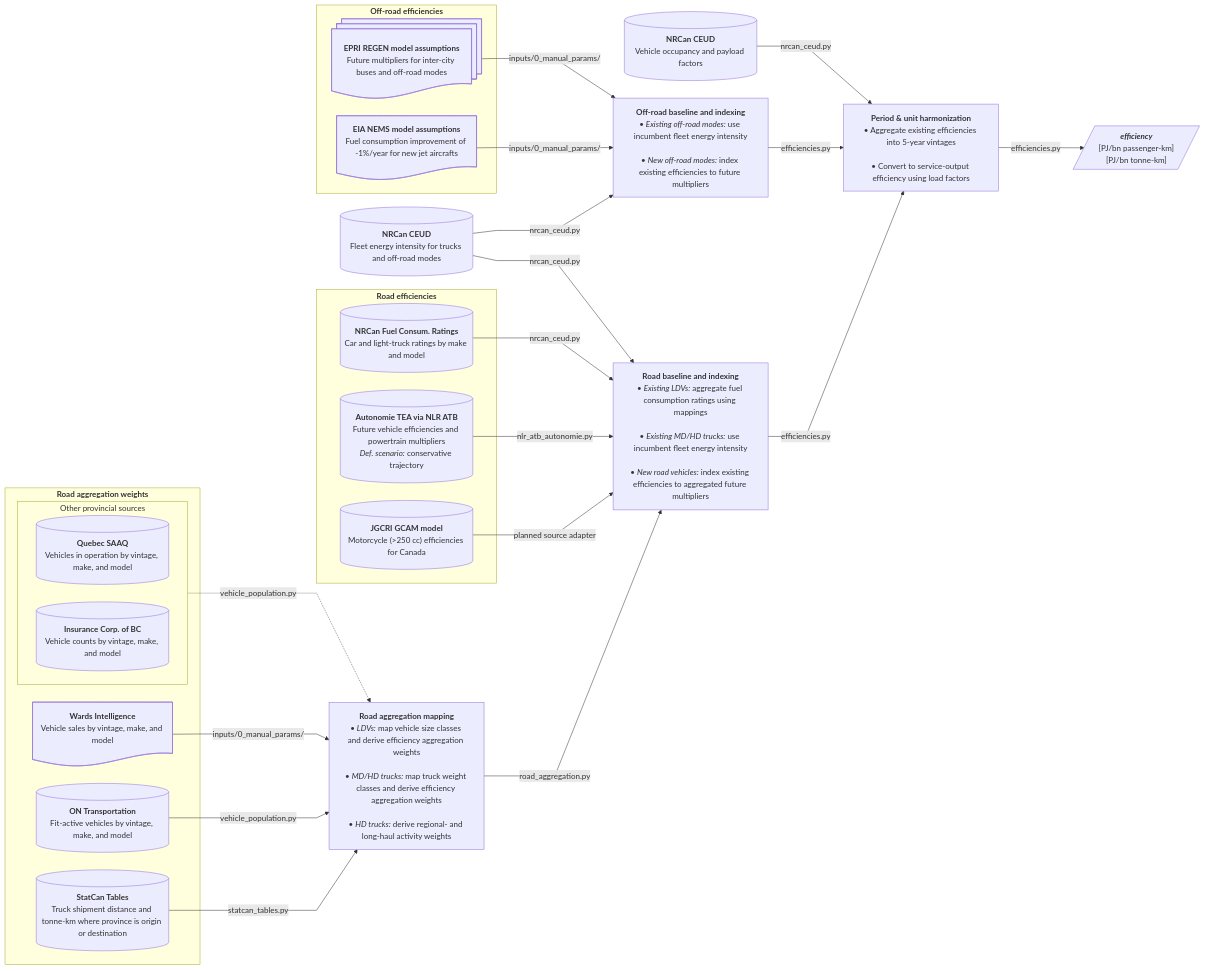
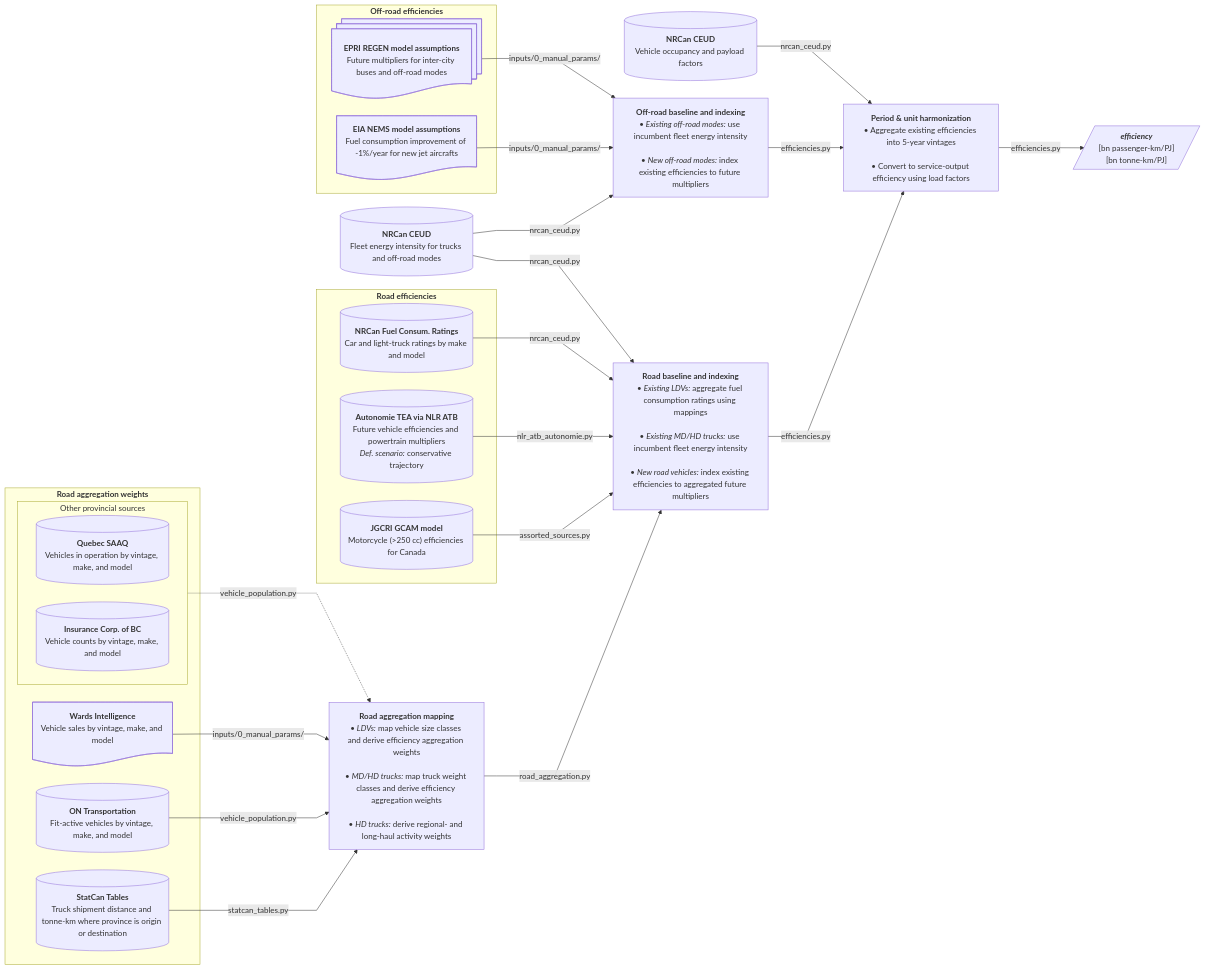
The sixth of 8 diagrams in docs/etl_flowcharts.md (CANOE-main/canoe-transportation), drawn with Mermaid before and after one commit. The commit also changed other lines of this file and 63 other files, not shown here.

````diff
--- a/docs/etl_flowcharts.md
+++ b/docs/etl_flowcharts.md
@@ -283,74 +318,74 @@
 ```mermaid
 ---
 config:
   layout: dagre
   flowchart:
     nodeSpacing: 35
     rankSpacing: 50
     wrappingWidth: 250
     curve: linear
 ---
 flowchart LR
   %% --- Sources ---
   subgraph agg["`**Road aggregation weights**`"]
 	  s3@{shape: doc, label: "**Wards Intelligence**<br>Vehicle sales by vintage, make, and model"}
 	  s4[("`**ON Transportation**<br>Fit-active vehicles by vintage, make, and model`")]
 	  s10[("`**StatCan Tables**<br>Truck shipment distance and tonne-km where province is origin or destination`")]
 	  subgraph expansion["`Other provincial sources`"]
       direction LR
 	    s5[("`**Quebec SAAQ**<br>Vehicles in operation by vintage, make, and model`")]
 	    s6[("`**Insurance Corp. of BC**<br>Vehicle counts by vintage, make, and model`")]
 	  end
   end
   subgraph road["`**Road efficiencies**`"]
 	  s1[("`**NRCan Fuel Consum. Ratings**<br>Car and light-truck ratings by make and model`")]
 	  s2[("`**Autonomie TEA via NLR ATB**<br>Future vehicle efficiencies and powertrain multipliers<br>*Def. scenario:* conservative trajectory`")]
 	  s2_2[("`**JGCRI GCAM model**<br>Motorcycle (>250 cc) efficiencies for Canada`")]
   end
   subgraph off["`**Off-road efficiencies**`"]
 	  s7@{shape: docs, label: "**EPRI REGEN model assumptions**<br>Future multipliers for inter-city buses and off-road modes"}
 	  s8@{shape: doc, label: "**EIA NEMS model assumptions**<br>Fuel consumption improvement of -1%/year for new jet aircrafts"}
   end
   s0[("`**NRCan CEUD**<br>Fleet energy intensity for trucks and off-road modes`")]
   s9[("`**NRCan CEUD**<br>Vehicle occupancy and payload factors`")]
-  
+
   %% --- Processes ---
   p0["`**Road aggregation mapping**<br>• *LDVs:* map vehicle size classes and derive efficiency aggregation weights<br><br>• *MD/HD trucks:* map truck weight classes and derive efficiency aggregation weights<br><br>• *HD trucks:* derive regional- and long-haul activity weights`"]
 	  s3 -- inputs/0_manual_params/ --> p0
   s4 -- vehicle_population.py --> p0
   expansion -. "vehicle_population.py" .-> p0
   s10 -- statcan_tables.py --> p0
-	  
+
   p2["`**Road baseline and indexing**<br>• *Existing LDVs:* aggregate fuel consumption ratings using mappings<br><br>• *Existing MD/HD trucks:* use incumbent fleet energy intensity<br><br>• *New road vehicles:* index existing efficiencies to aggregated future multipliers`"]
   s1 -- nrcan_ceud.py --> p2
   s2 -- nlr_atb_autonomie.py --> p2
-  s2_2 -- planned source adapter --> p2
+  s2_2 -- assorted_sources.py --> p2
   p0 -- road_aggregation.py --> p2
-  
+
   s9 -- nrcan_ceud.py --> p4
-	  
+
   p3["`**Off-road baseline and indexing**<br>• *Existing off-road modes:* use incumbent fleet energy intensity<br><br>• *New off-road modes:* index existing efficiencies to future multipliers`"]
   s7 -- inputs/0_manual_params/ --> p3
   s8 -- inputs/0_manual_params/ --> p3
-  
+
   s0 -- nrcan_ceud.py --> p2 & p3
-  
+
   p4["`**Period & unit harmonization**<br>• Aggregate existing efficiencies into 5-year vintages<br><br>• Convert to service-output efficiency using load factors`"]
   p2 -- efficiencies.py --> p4
   p3 -- efficiencies.py --> p4
 
-  p4 -- efficiencies.py --> o1[/"`***efficiency***<br>[PJ/bn passenger-km]<br>[PJ/bn tonne-km]`"/]
+  p4 -- efficiencies.py --> o1[/"`***efficiency***<br>[bn passenger-km/PJ]<br>[bn tonne-km/PJ]`"/]
 
   %% --- Hyperlinks ---
   click s6 "https://public.tableau.com/app/profile/icbc/viz/VehiclePopulationIntroPage/VehiclePopulationData"
   click s5 "https://www.donneesquebec.ca/recherche/dataset/vehicules-en-circulation"
   click s4 "https://data.ontario.ca/dataset/vehicle-population-data"
   click s9 "https://oee.nrcan.gc.ca/corporate/statistics/neud/dpa/menus/trends/comprehensive_tables/list.cfm"
   click s0 "https://oee.nrcan.gc.ca/corporate/statistics/neud/dpa/menus/trends/comprehensive_tables/list.cfm"
   click s7 "https://us-regen-docs.epri.com/v2025/assumptions/transportation.html#non-road-vehicles"
   click s8 "https://www.eia.gov/outlooks/aeo/assumptions/pdf/TDM_Assumptions.pdf"
   click s2 "https://atb.nlr.gov/transportation/2024/data"
   click s1 "https://open.canada.ca/data/en/dataset/98f1a129-f628-4ce4-b24d-6f16bf24dd64"
   click s10 "https://doi.org/10.25318/2310014201-eng"
   click s2_2 "https://github.com/JGCRI/gcam-core/tree/master/input/gcamdata/inst/extdata/energy"
 ```
````
